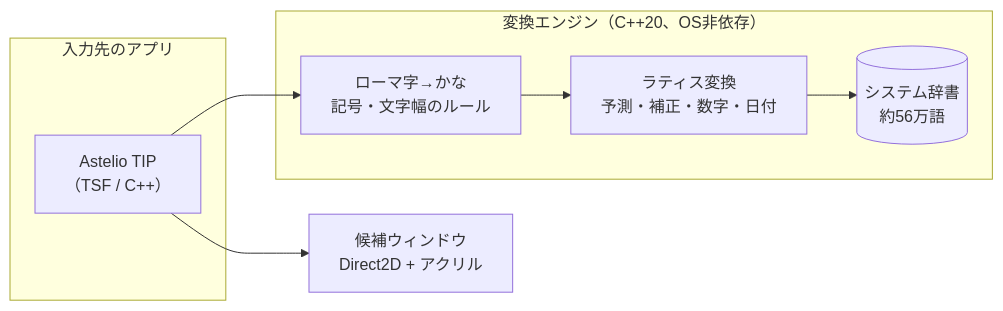
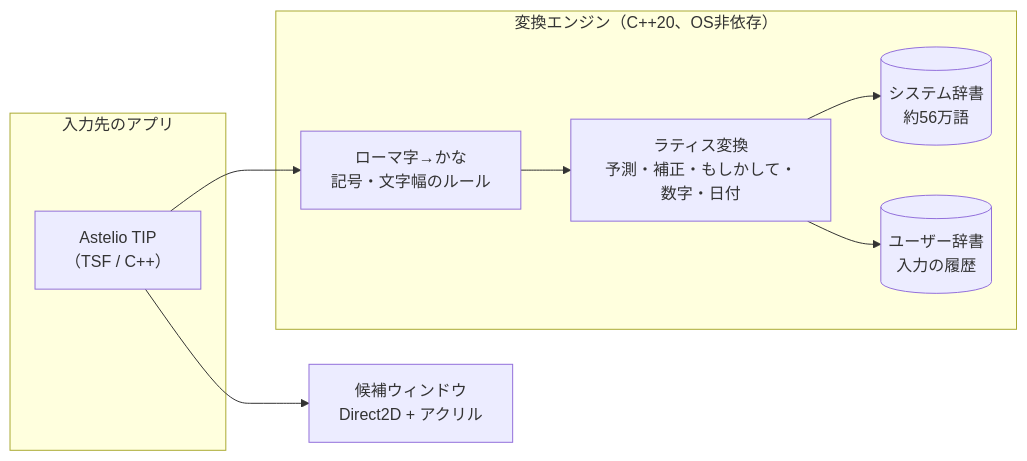
The diagram in README.md (geekfujiwara/japanese-input), drawn with Mermaid before and after one commit. The commit also changed other lines of this file, not shown here.

````diff
--- a/README.md
+++ b/README.md
@@ -57,15 +57,17 @@
 ```mermaid
 flowchart LR
     subgraph App["入力先のアプリ"]
         TIP["Astelio TIP<br/>（TSF / C++）"]
     end
     subgraph Core["変換エンジン（C++20、OS非依存）"]
         Composer["ローマ字→かな<br/>記号・文字幅のルール"]
-        Converter["ラティス変換<br/>予測・補正・数字・日付"]
+        Converter["ラティス変換<br/>予測・補正・もしかして・数字・日付"]
         Dict[("システム辞書<br/>約56万語")]
+        User[("ユーザー辞書<br/>入力の履歴")]
     end
     Window["候補ウィンドウ<br/>Direct2D + アクリル"]
 
     TIP --> Composer --> Converter --> Dict
+    Converter --> User
     TIP --> Window
 ```
````
